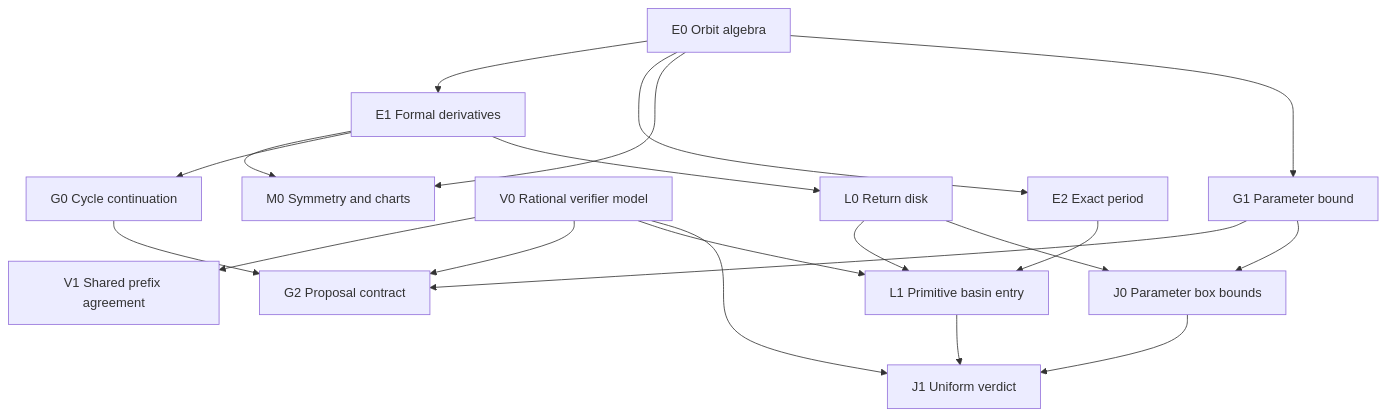
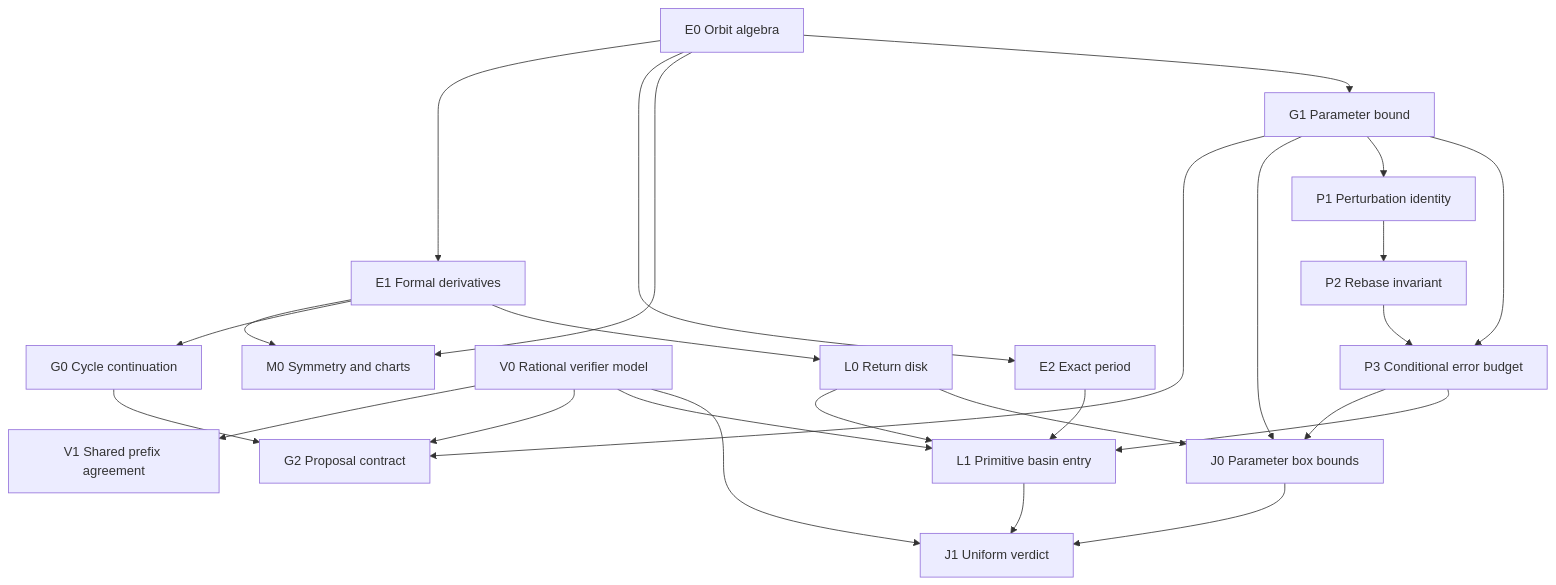
The diagram in docs/verification/LEAN-PROOF-DAG.md (Aaron-Fine/int-M-), drawn with Mermaid before and after one commit. The commit also changed other lines of this file and 7 other files, not shown here.

Commit message:
Prove conditional error budgets and certified critical entry

````diff
--- a/docs/verification/LEAN-PROOF-DAG.md
+++ b/docs/verification/LEAN-PROOF-DAG.md
@@ -7,23 +7,29 @@
 ```mermaid
 flowchart TD
   E0["E0 Orbit algebra"] --> E1["E1 Formal derivatives"]
   E0 --> E2["E2 Exact period"]
   E0 --> M0["M0 Symmetry and charts"]
   E1 --> M0
   V0["V0 Rational verifier model"]
   V0 --> V1["V1 Shared prefix agreement"]
   E1 --> G0["G0 Cycle continuation"]
   E0 --> G1["G1 Parameter bound"]
   G0 --> G2["G2 Proposal contract"]
   G1 --> G2
   V0 --> G2
   E1 --> L0["L0 Return disk"]
   E2 --> L1["L1 Primitive basin entry"]
   L0 --> L1
   V0 --> L1
   G1 --> J0["J0 Parameter box bounds"]
   L0 --> J0
   J0 --> J1["J1 Uniform verdict"]
   L1 --> J1
   V0 --> J1
+  G1 --> P1["P1 Perturbation identity"]
+  P1 --> P2["P2 Rebase invariant"]
+  P2 --> P3["P3 Conditional error budget"]
+  G1 --> P3
+  P3 --> J0
+  P3 --> L1
 ```
````
